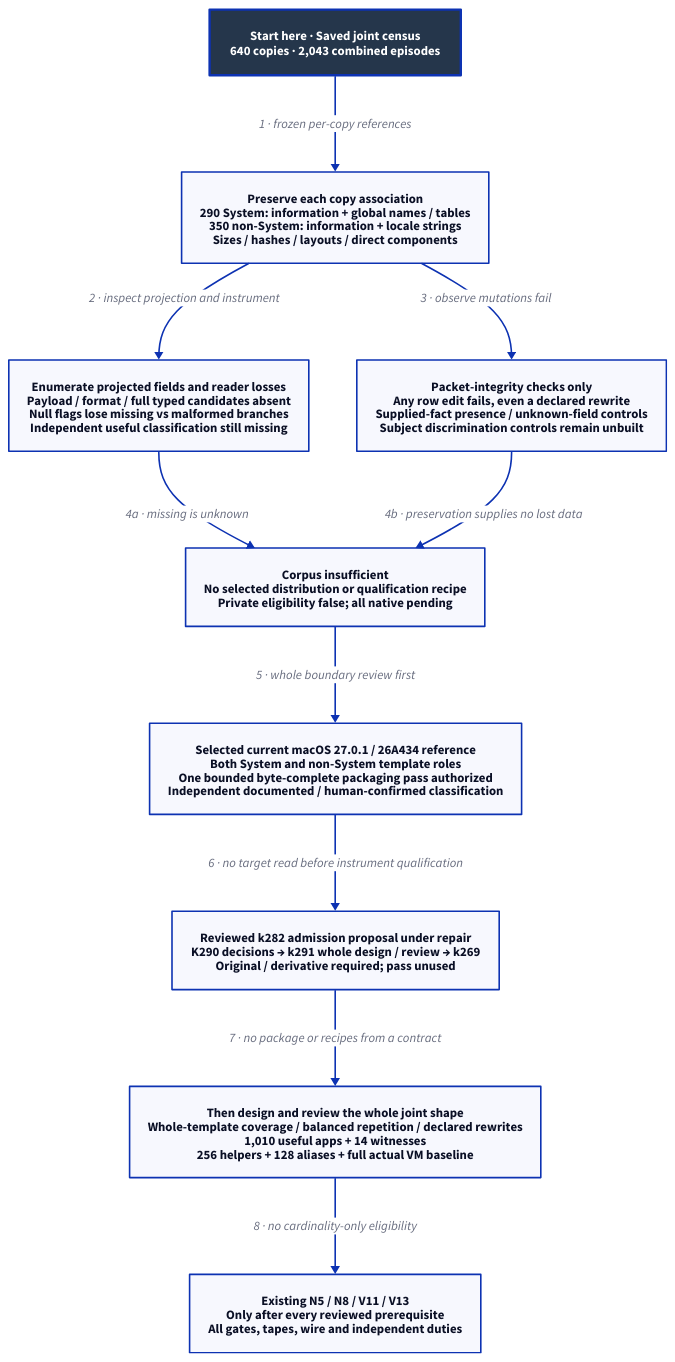
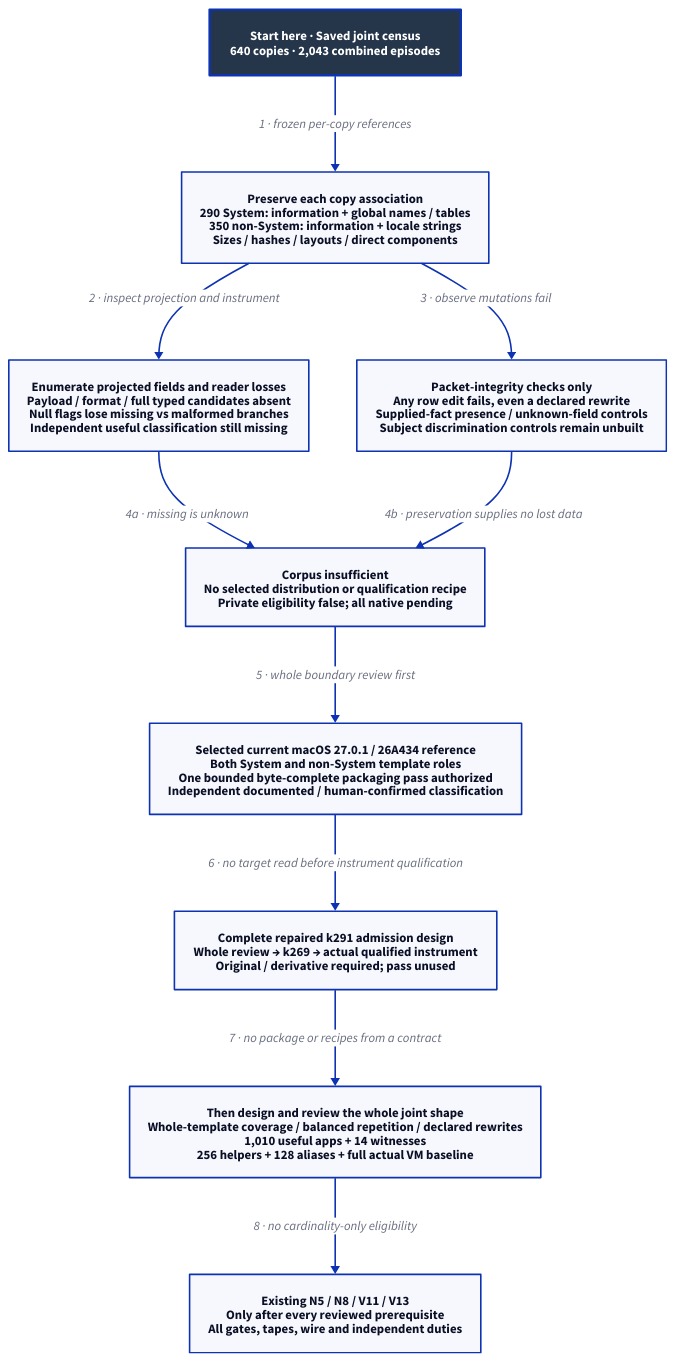
The diagram in docs/design/architecture/native-population-metadata-shape.d2 (Linkuistics/Koine), drawn with D2 before and after one commit. The commit also changed 21 other files, not shown here.

Commit message:
Present repaired reference admission protocol (reference-evidence-admission-presentation-k310); decompose reference-evidence-session-admission-k309

```diff
--- a/docs/design/architecture/native-population-metadata-shape.d2
+++ b/docs/design/architecture/native-population-metadata-shape.d2
@@ -1,23 +1,23 @@
 # Historical boundary and selected current-reference requirements; no useful subject or native pass.
 direction: down
 classes: {
   start: {style: {fill: "#25364B"; font-color: "#FFFFFF"; bold: true; stroke-width: 3}}
 }
 Start: "Start here · Saved joint census\n640 copies · 2,043 combined episodes" {class: start}
 Known: "Preserve each copy association\n290 System: information + global names / tables\n350 non-System: information + locale strings\nSizes / hashes / layouts / direct components"
 Missing: "Enumerate projected fields and reader losses\nPayload / format / full typed candidates absent\nNull flags lose missing vs malformed branches\nIndependent useful classification still missing"
 Control: "Packet-integrity checks only\nAny row edit fails, even a declared rewrite\nSupplied-fact presence / unknown-field controls\nSubject discrimination controls remain unbuilt"
 Boundary: "Corpus insufficient\nNo selected distribution or qualification recipe\nPrivate eligibility false; all native pending"
 Decision: "Selected current macOS 27.0.1 / 26A434 reference\nBoth System and non-System template roles\nOne bounded byte-complete packaging pass authorized\nIndependent documented / human-confirmed classification"
-Contract: "Reviewed k282 admission proposal under repair\nK290 decisions → k291 whole design / review → k269\nOriginal / derivative required; pass unused"
+Contract: "Complete repaired k291 admission design\nWhole review → k269 → actual qualified instrument\nOriginal / derivative required; pass unused"
 Design: "Then design and review the whole joint shape\nWhole-template coverage / balanced repetition / declared rewrites\n1,010 useful apps + 14 witnesses\n256 helpers + 128 aliases + full actual VM baseline"
 Native: "Existing N5 / N8 / V11 / V13\nOnly after every reviewed prerequisite\nAll gates, tapes, wire and independent duties"
 Start -> Known: "1 · frozen per-copy references"
 Known -> Missing: "2 · inspect projection and instrument"
 Known -> Control: "3 · observe mutations fail"
 Missing -> Boundary: "4a · missing is unknown"
 Control -> Boundary: "4b · preservation supplies no lost data"
 Boundary -> Decision: "5 · whole boundary review first"
 Decision -> Contract: "6 · no target read before instrument qualification"
 Contract -> Design: "7 · no package or recipes from a contract"
 Design -> Native: "8 · no cardinality-only eligibility"
```
